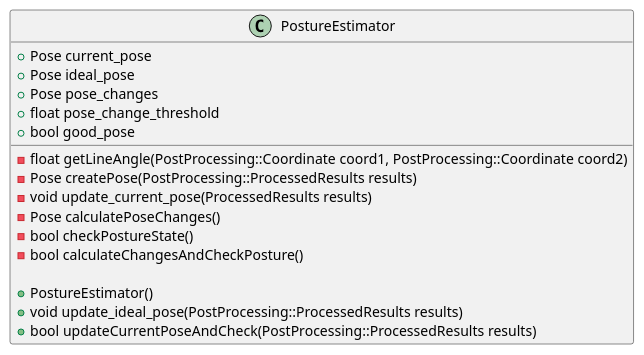
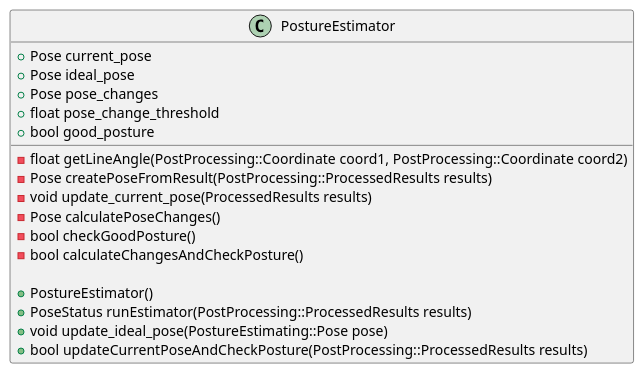
Before and after one commit to ESE-Peasy/PosturePerfection: the first of 5 diagrams in docs/images/PlantUML/postureestimator.puml, drawn with PlantUML. The commit also changed other lines of this file and 8 other files, not shown here.

```diff
--- a/docs/images/PlantUML/postureestimator.puml
+++ b/docs/images/PlantUML/postureestimator.puml
@@ -3,19 +3,20 @@
 @startuml(id=PostureEstimator)
 class PostureEstimator {
    +Pose current_pose
    +Pose ideal_pose
    +Pose pose_changes
    +float pose_change_threshold
-   +bool good_pose   
+   +bool good_posture   
    -float getLineAngle(PostProcessing::Coordinate coord1, PostProcessing::Coordinate coord2)
-   -Pose createPose(PostProcessing::ProcessedResults results)
+   -Pose createPoseFromResult(PostProcessing::ProcessedResults results)
    -void update_current_pose(ProcessedResults results)
    -Pose calculatePoseChanges()
-   -bool checkPostureState()
+   -bool checkGoodPosture()
    -bool calculateChangesAndCheckPosture()
 
    +PostureEstimator()
-   +void update_ideal_pose(PostProcessing::ProcessedResults results)
-   +bool updateCurrentPoseAndCheck(PostProcessing::ProcessedResults results)
+   +PoseStatus runEstimator(PostProcessing::ProcessedResults results)
+   +void update_ideal_pose(PostureEstimating::Pose pose)
+   +bool updateCurrentPoseAndCheckPosture(PostProcessing::ProcessedResults results)
 }
 @enduml
```
